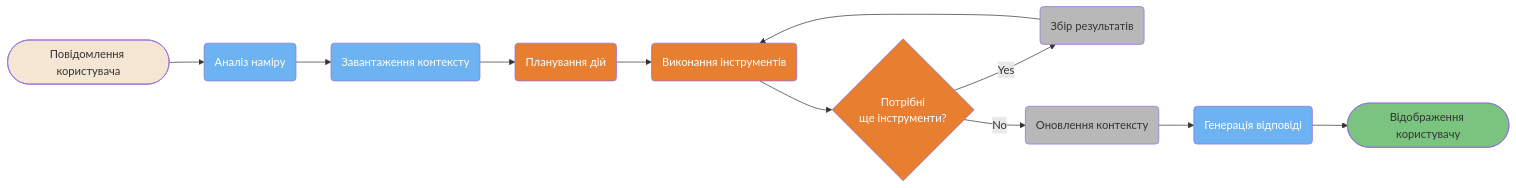
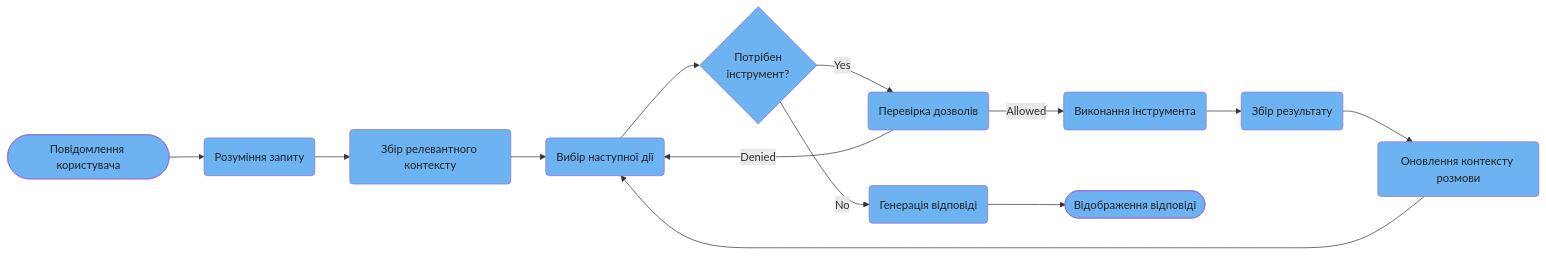
Before and after one commit to sermers-cyber/claude-code-ultimate-guide-ua: the second of 4 diagrams in guide/diagrams/01-foundations.uk.md, drawn with Mermaid. The commit also changed other lines of this file and 80 other files, not shown here.

````diff
--- a/guide/diagrams/01-foundations.uk.md
+++ b/guide/diagrams/01-foundations.uk.md
@@ -87,35 +67,37 @@
 ```mermaid
 flowchart LR
-    A([Повідомлення користувача]) --> B(Аналіз наміру)
-    B --> C(Завантаження контексту)
-    C --> D(Планування дій)
-    D --> E(Виконання інструментів)
-    E --> F{Потрібні<br/>ще інструменти?}
-    F -->|Yes| G(Збір результатів)
-    G --> E
-    F -->|No| H(Оновлення контексту)
-    H --> I(Генерація відповіді)
-    I --> J([Відображення користувачу])
-
-    style A fill:#F5E6D3,color:#333
-    style B fill:#6DB3F2,color:#fff
-    style C fill:#6DB3F2,color:#fff
-    style D fill:#E87E2F,color:#fff
-    style E fill:#E87E2F,color:#fff
-    style F fill:#E87E2F,color:#fff
-    style G fill:#B8B8B8,color:#333
-    style H fill:#B8B8B8,color:#333
-    style I fill:#6DB3F2,color:#fff
-    style J fill:#7BC47F,color:#333
-
-    click A href "https://github.com/gerasimsergey/claude-code-ultimate-guide-ua/blob/main/guide/ultimate-guide.md#12-first-workflow" "Перший робочий процес"
-    click B href "https://github.com/gerasimsergey/claude-code-ultimate-guide-ua/blob/main/guide/core/architecture.md#1-the-master-loop" "Аналіз наміру — Головний цикл (Master Loop)"
-    click C href "https://github.com/gerasimsergey/claude-code-ultimate-guide-ua/blob/main/guide/ultimate-guide.md#22-context-management" "Завантаження контексту"
-    click D href "https://github.com/gerasimsergey/claude-code-ultimate-guide-ua/blob/main/guide/ultimate-guide.md#23-plan-mode" "Планування дій — Режим планування (Plan Mode)"
-    click E href "https://github.com/gerasimsergey/claude-code-ultimate-guide-ua/blob/main/guide/core/architecture.md#2-the-tool-arsenal" "Виконання інструментів"
-    click F href "https://github.com/gerasimsergey/claude-code-ultimate-guide-ua/blob/main/guide/core/architecture.md#1-the-master-loop" "Ще інструменти? — Головний цикл (Master Loop)"
-    click G href "https://github.com/gerasimsergey/claude-code-ultimate-guide-ua/blob/main/guide/core/architecture.md#1-the-master-loop" "Збір результатів"
-    click H href "https://github.com/gerasimsergey/claude-code-ultimate-guide-ua/blob/main/guide/ultimate-guide.md#22-context-management" "Оновлення контексту"
-    click I href "https://github.com/gerasimsergey/claude-code-ultimate-guide-ua/blob/main/guide/core/architecture.md#1-the-master-loop" "Генерація відповіді"
-    click J href "https://github.com/gerasimsergey/claude-code-ultimate-guide-ua/blob/main/guide/ultimate-guide.md#12-first-workflow" "Відображення користувачу"
+    A([Повідомлення користувача]) --> B(Розуміння запиту)
+    B --> C(Збір релевантного контексту)
+    C --> D(Вибір наступної дії)
+    D --> F{Потрібен<br/>інструмент?}
+    F -->|Yes| P(Перевірка дозволів)
+    P -->|Allowed| E(Виконання інструмента)
+    P -->|Denied| D
+    E --> G(Збір результату)
+    G --> H(Оновлення контексту розмови)
+    H --> D
+    F -->|No| I(Генерація відповіді)
+    I --> J([Відображення відповіді])
+    style A fill:#6DB3F2,color:#222
+    click A href "https://github.com/FlorianBruniaux/claude-code-ultimate-guide/blob/main/guide/core/architecture.md#1-the-master-loop" "The master loop"
+    style B fill:#6DB3F2,color:#222
+    click B href "https://github.com/FlorianBruniaux/claude-code-ultimate-guide/blob/main/guide/core/architecture.md#1-the-master-loop" "The master loop"
+    style C fill:#6DB3F2,color:#222
+    click C href "https://github.com/FlorianBruniaux/claude-code-ultimate-guide/blob/main/guide/core/architecture.md#1-the-master-loop" "The master loop"
+    style D fill:#6DB3F2,color:#222
+    click D href "https://github.com/FlorianBruniaux/claude-code-ultimate-guide/blob/main/guide/core/architecture.md#1-the-master-loop" "The master loop"
+    style F fill:#6DB3F2,color:#222
+    click F href "https://github.com/FlorianBruniaux/claude-code-ultimate-guide/blob/main/guide/core/architecture.md#1-the-master-loop" "The master loop"
+    style P fill:#6DB3F2,color:#222
+    click P href "https://github.com/FlorianBruniaux/claude-code-ultimate-guide/blob/main/guide/core/architecture.md#1-the-master-loop" "The master loop"
+    style E fill:#6DB3F2,color:#222
+    click E href "https://github.com/FlorianBruniaux/claude-code-ultimate-guide/blob/main/guide/core/architecture.md#1-the-master-loop" "The master loop"
+    style G fill:#6DB3F2,color:#222
+    click G href "https://github.com/FlorianBruniaux/claude-code-ultimate-guide/blob/main/guide/core/architecture.md#1-the-master-loop" "The master loop"
+    style H fill:#6DB3F2,color:#222
+    click H href "https://github.com/FlorianBruniaux/claude-code-ultimate-guide/blob/main/guide/core/architecture.md#1-the-master-loop" "The master loop"
+    style I fill:#6DB3F2,color:#222
+    click I href "https://github.com/FlorianBruniaux/claude-code-ultimate-guide/blob/main/guide/core/architecture.md#1-the-master-loop" "The master loop"
+    style J fill:#6DB3F2,color:#222
+    click J href "https://github.com/FlorianBruniaux/claude-code-ultimate-guide/blob/main/guide/core/architecture.md#1-the-master-loop" "The master loop"
 ```
````
